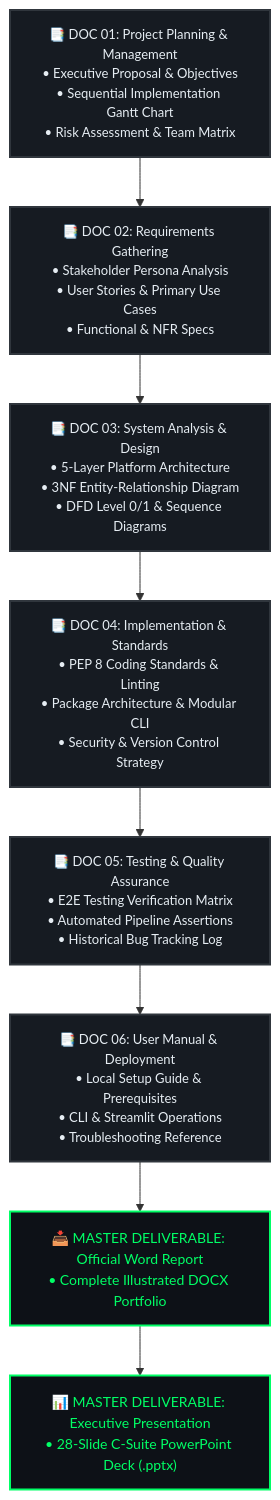
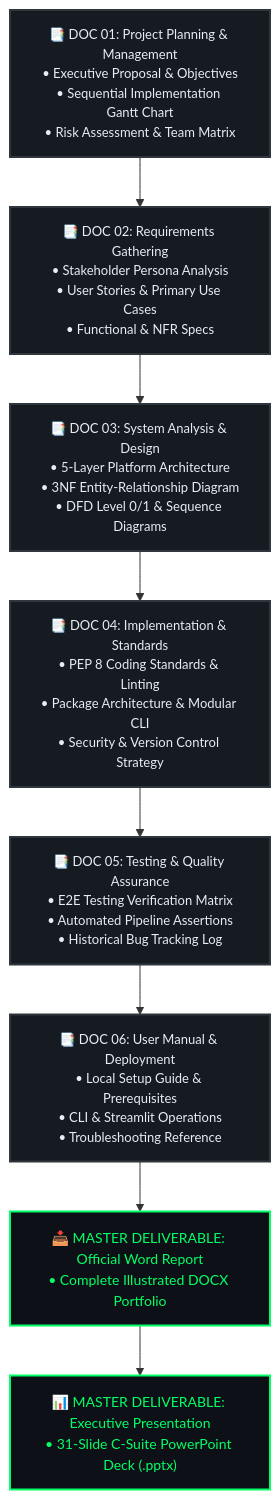
The diagram in Project Documentations/README.md (ahmedadelamin/carbon-heist-mitigation), drawn with Mermaid before and after one commit. The commit also changed other lines of this file and 1 other file, not shown here.

Commit message:
Update presentation slide count to 31 slides across all documentation tables and flowcharts

````diff
--- a/Project Documentations/README.md
+++ b/Project Documentations/README.md
@@ -95,13 +95,13 @@
 ```mermaid
 flowchart TD
     D01["📑 DOC 01: Project Planning & Management\n• Executive Proposal & Objectives\n• Sequential Implementation Gantt Chart\n• Risk Assessment & Team Matrix"]:::doc --> D02["📑 DOC 02: Requirements Gathering\n• Stakeholder Persona Analysis\n• User Stories & Primary Use Cases\n• Functional & NFR Specs"]:::doc
     D02 --> D03["📑 DOC 03: System Analysis & Design\n• 5-Layer Platform Architecture\n• 3NF Entity-Relationship Diagram\n• DFD Level 0/1 & Sequence Diagrams"]:::doc
     D03 --> D04["📑 DOC 04: Implementation & Standards\n• PEP 8 Coding Standards & Linting\n• Package Architecture & Modular CLI\n• Security & Version Control Strategy"]:::doc
     D04 --> D05["📑 DOC 05: Testing & Quality Assurance\n• E2E Testing Verification Matrix\n• Automated Pipeline Assertions\n• Historical Bug Tracking Log"]:::doc
     D05 --> D06["📑 DOC 06: User Manual & Deployment\n• Local Setup Guide & Prerequisites\n• CLI & Streamlit Operations\n• Troubleshooting Reference"]:::doc
     D06 --> WORD["📥 MASTER DELIVERABLE: Official Word Report\n• Complete Illustrated DOCX Portfolio"]:::word
-    WORD --> PPT["📊 MASTER DELIVERABLE: Executive Presentation\n• 28-Slide C-Suite PowerPoint Deck (.pptx)"]:::word
+    WORD --> PPT["📊 MASTER DELIVERABLE: Executive Presentation\n• 31-Slide C-Suite PowerPoint Deck (.pptx)"]:::word
 
     classDef doc fill:#161B22,stroke:#30363D,stroke-width:2px,color:#E6EDF3,font-size:13px
     classDef word fill:#0D1117,stroke:#00FF66,stroke-width:2px,color:#00FF66,font-size:14px
 ```
````
